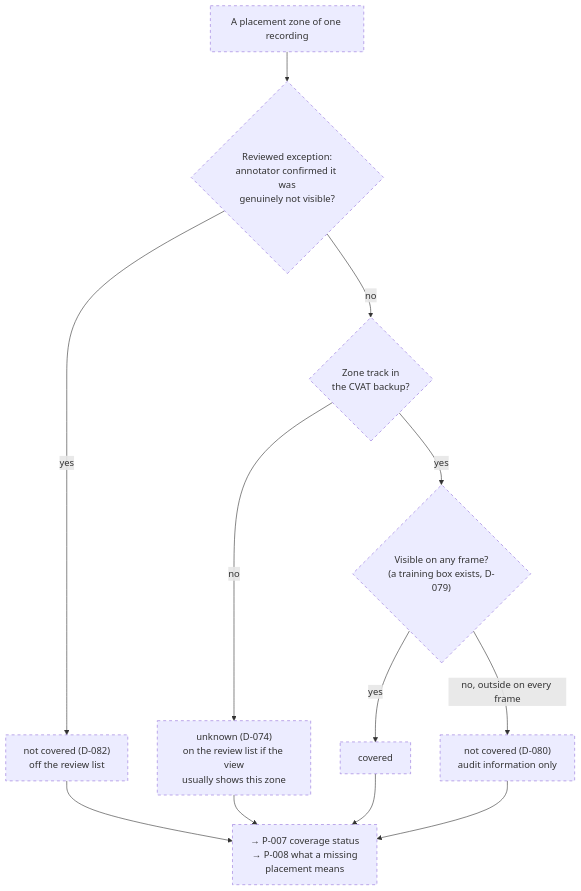
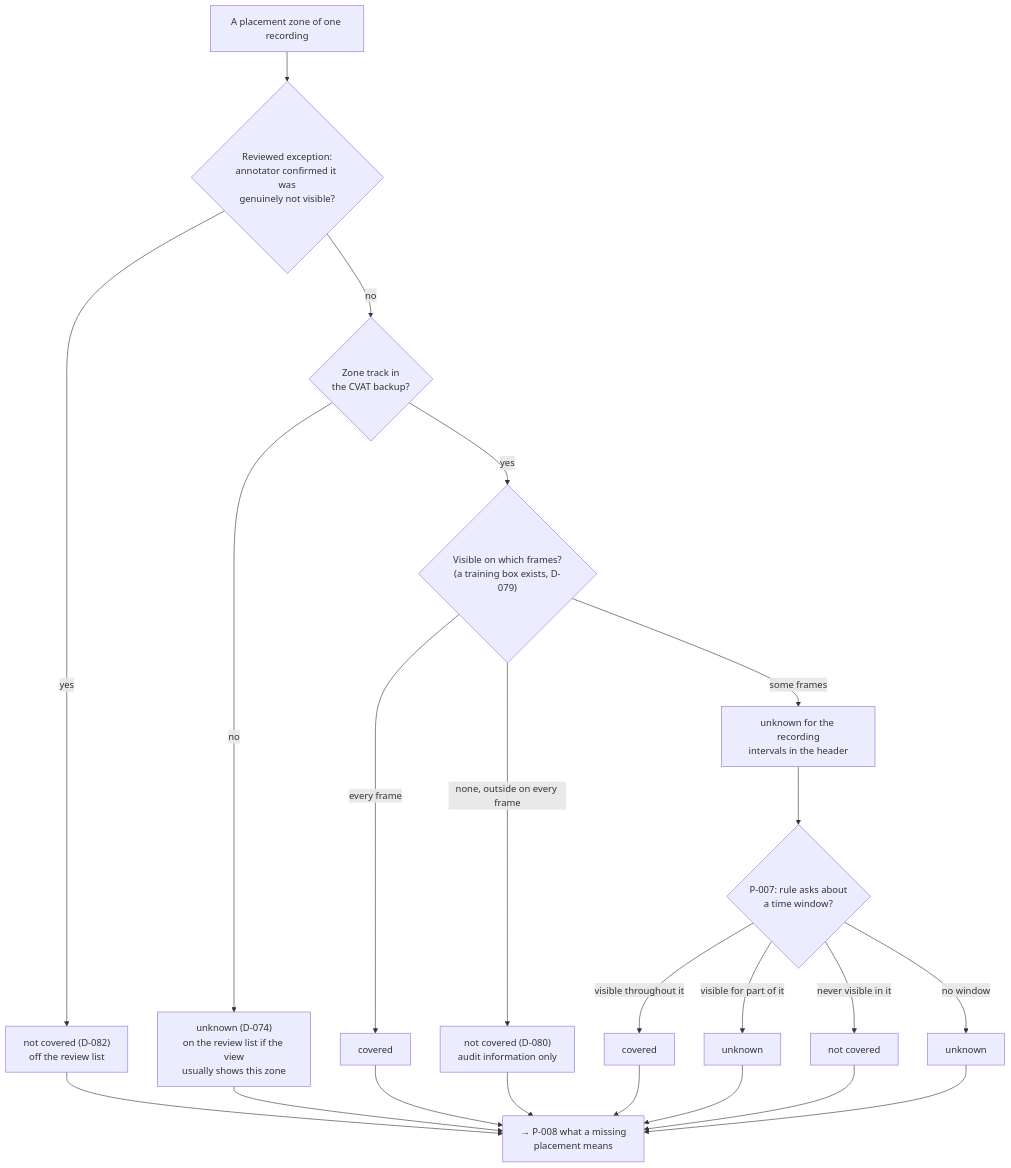
Before and after one commit to ananthu65/defibrillator_research: the tenth of 11 diagrams in docs/rule_engine/diagrams.md, drawn with Mermaid. The commit also changed other lines of this file and 20 other files, not shown here.

````diff
--- a/docs/rule_engine/diagrams.md
+++ b/docs/rule_engine/diagrams.md
@@ -236,16 +235,24 @@
 ```mermaid
 flowchart TD
     Z["A placement zone of one recording"] --> X{"Reviewed exception:<br/>annotator confirmed it was<br/>genuinely not visible?"}
     X -->|yes| NC1["not covered (D-082)<br/>off the review list"]
     X -->|no| T{"Zone track in<br/>the CVAT backup?"}
     T -->|no| UN["unknown (D-074)<br/>on the review list if the view<br/>usually shows this zone"]
-    T -->|yes| V{"Visible on any frame?<br/>(a training box exists, D-079)"}
-    V -->|yes| CO["covered"]
-    V -->|no, outside on every frame| NC2["not covered (D-080)<br/>audit information only"]
-    NC1 --> P7["→ P-007 coverage status<br/>→ P-008 what a missing<br/>placement means"]
-    UN --> P7
-    CO --> P7
-    NC2 --> P7
-    classDef planned stroke-dasharray: 5 5
-    class Z,X,NC1,T,UN,V,CO,NC2,P7 planned
+    T -->|yes| V{"Visible on which frames?<br/>(a training box exists, D-079)"}
+    V -->|every frame| CO["covered"]
+    V -->|some frames| PART["unknown for the recording<br/>intervals in the header"]
+    V -->|none, outside on every frame| NC2["not covered (D-080)<br/>audit information only"]
+    PART --> W{"P-007: rule asks about<br/>a time window?"}
+    W -->|"visible throughout it"| WC["covered"]
+    W -->|"visible for part of it"| WU["unknown"]
+    W -->|"never visible in it"| WN["not covered"]
+    W -->|no window| PART2["unknown"]
+    NC1 --> P8["→ P-008 what a missing<br/>placement means"]
+    UN --> P8
+    CO --> P8
+    NC2 --> P8
+    WC --> P8
+    WU --> P8
+    WN --> P8
+    PART2 --> P8
 ```
````
